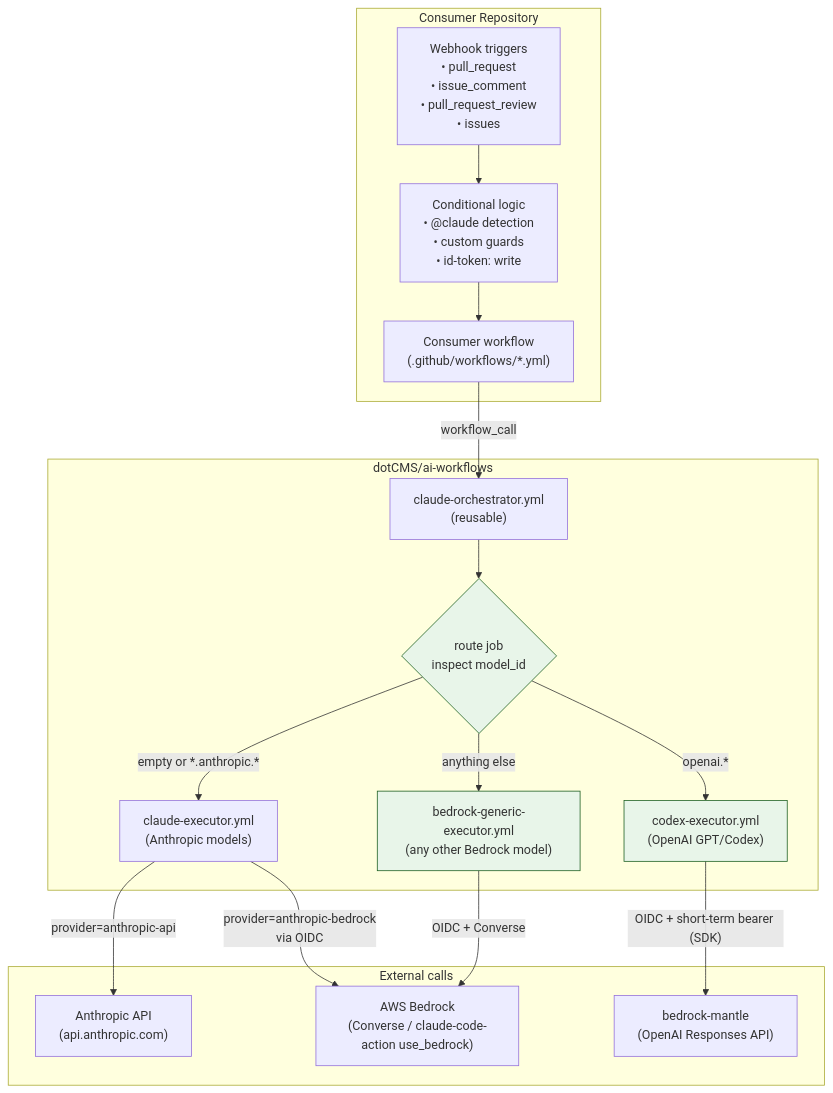
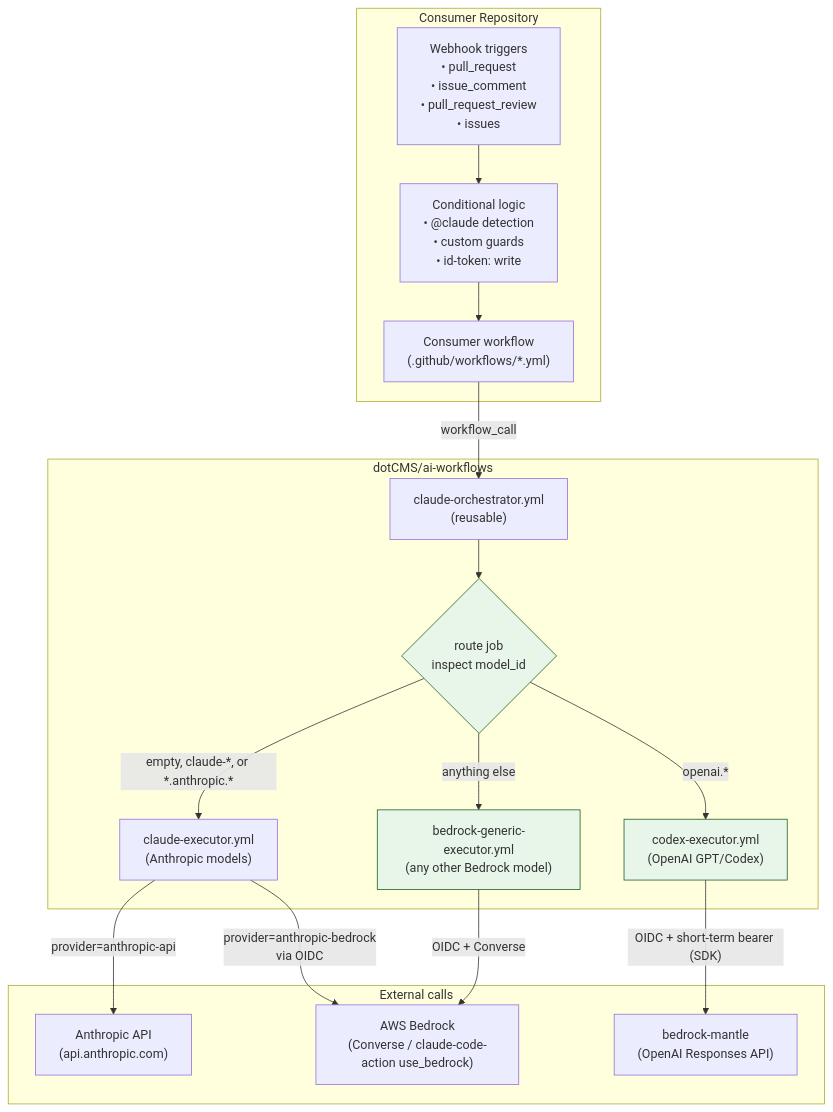
The second of 2 diagrams in ARCHITECTURE.md (dotCMS/ai-workflows), drawn with Mermaid before and after one commit. The commit also changed other lines of this file and 3 other files, not shown here.

First line of the commit message:
feat(orchestrator): route plain claude-* names to direct API + cap parallel reviewers at 3

````diff
--- a/ARCHITECTURE.md
+++ b/ARCHITECTURE.md
@@ -70,37 +70,37 @@
 ```mermaid
 flowchart TD
     subgraph consumer["Consumer Repository"]
         consumer_wf["Consumer workflow<br/>(.github/workflows/*.yml)"]
         triggers["Webhook triggers<br/>• pull_request<br/>• issue_comment<br/>• pull_request_review<br/>• issues"]
         cond["Conditional logic<br/>• @claude detection<br/>• custom guards<br/>• id-token: write"]
         triggers --> cond --> consumer_wf
     end
 
     subgraph this_repo["dotCMS/ai-workflows"]
         orch["claude-orchestrator.yml<br/>(reusable)"]
         route{"route job<br/>inspect model_id"}
         claude_exec["claude-executor.yml<br/>(Anthropic models)"]
         generic_exec["bedrock-generic-executor.yml<br/>(any other Bedrock model)"]
         codex_exec["codex-executor.yml<br/>(OpenAI GPT/Codex)"]
 
         orch --> route
-        route -->|"empty or *.anthropic.*"| claude_exec
+        route -->|"empty, claude-*, or *.anthropic.*"| claude_exec
         route -->|"openai.*"| codex_exec
         route -->|"anything else"| generic_exec
     end
 
     subgraph upstreams["External calls"]
         anth_api["Anthropic API<br/>(api.anthropic.com)"]
         bedrock["AWS Bedrock<br/>(Converse / claude-code-action use_bedrock)"]
         mantle["bedrock-mantle<br/>(OpenAI Responses API)"]
     end
 
     consumer_wf -->|"workflow_call"| orch
     claude_exec -->|"provider=anthropic-api"| anth_api
     claude_exec -->|"provider=anthropic-bedrock<br/>via OIDC"| bedrock
     generic_exec -->|"OIDC + Converse"| bedrock
     codex_exec -->|"OIDC + short-term bearer (SDK)"| mantle
 
     classDef new fill:#e8f5e9,stroke:#1b5e20,stroke-width:1px
     class generic_exec,route,codex_exec new
 ```
````
